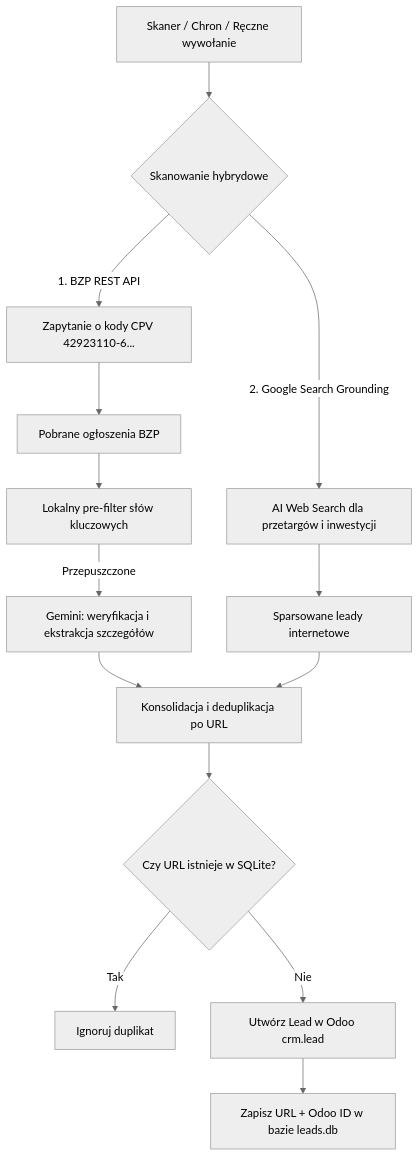
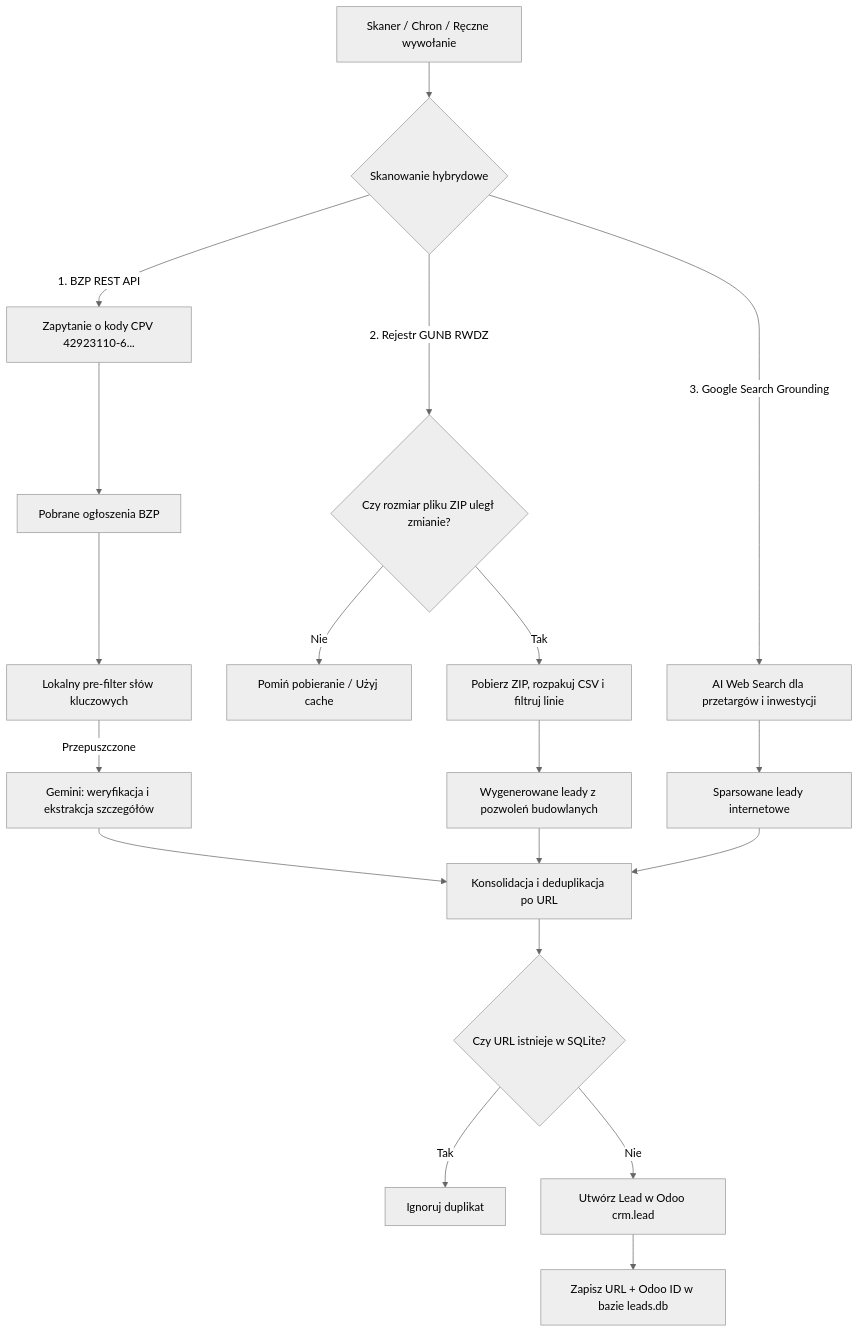
Before and after one commit to tkogut/osint-lead-tracker: the diagram in README.md, drawn with Mermaid (neutral theme). The commit also changed other lines of this file and 1 other file, not shown here.

Commit message:
docs: update docs for GUNB RWDZ integration

````diff
--- a/README.md
+++ b/README.md
@@ -12,21 +12,28 @@
 ```mermaid
 graph TD
     A[Skaner / Chron / Ręczne wywołanie] --> B{Skanowanie hybrydowe}
     
     B -->|1. BZP REST API| C[Zapytanie o kody CPV 42923110-6...]
-    B -->|2. Google Search Grounding| D[AI Web Search dla przetargów i inwestycji]
+    B -->|2. Rejestr GUNB RWDZ| D{Czy rozmiar pliku ZIP uległ zmianie?}
+    B -->|3. Google Search Grounding| E[AI Web Search dla przetargów i inwestycji]
     
-    C --> E[Pobrane ogłoszenia BZP]
-    E --> F[Lokalny pre-filter słów kluczowych]
-    F -->|Przepuszczone| G[Gemini: weryfikacja i ekstrakcja szczegółów]
+    D -->|Nie| F[Pomiń pobieranie / Użyj cache]
+    D -->|Tak| G[Pobierz ZIP, rozpakuj CSV i filtruj linie]
     
-    D --> H[Sparsowane leady internetowe]
+    C --> H[Pobrane ogłoszenia BZP]
+    H --> I[Lokalny pre-filter słów kluczowych]
+    I -->|Przepuszczone| J[Gemini: weryfikacja i ekstrakcja szczegółów]
     
-    G --> I[Konsolidacja i deduplikacja po URL]
-    H --> I
+    E --> K[Sparsowane leady internetowe]
     
-    I --> J{Czy URL istnieje w SQLite?}
-    J -->|Tak| K[Ignoruj duplikat]
-    J -->|Nie| L[Utwórz Lead w Odoo crm.lead]
-    L --> M[Zapisz URL + Odoo ID w bazie leads.db]
+    G --> L[Wygenerowane leady z pozwoleń budowlanych]
+    
+    J --> M[Konsolidacja i deduplikacja po URL]
+    K --> M
+    L --> M
+    
+    M --> N{Czy URL istnieje w SQLite?}
+    N -->|Tak| O[Ignoruj duplikat]
+    N -->|Nie| P[Utwórz Lead w Odoo crm.lead]
+    P --> Q[Zapisz URL + Odoo ID w bazie leads.db]
 ```
````
